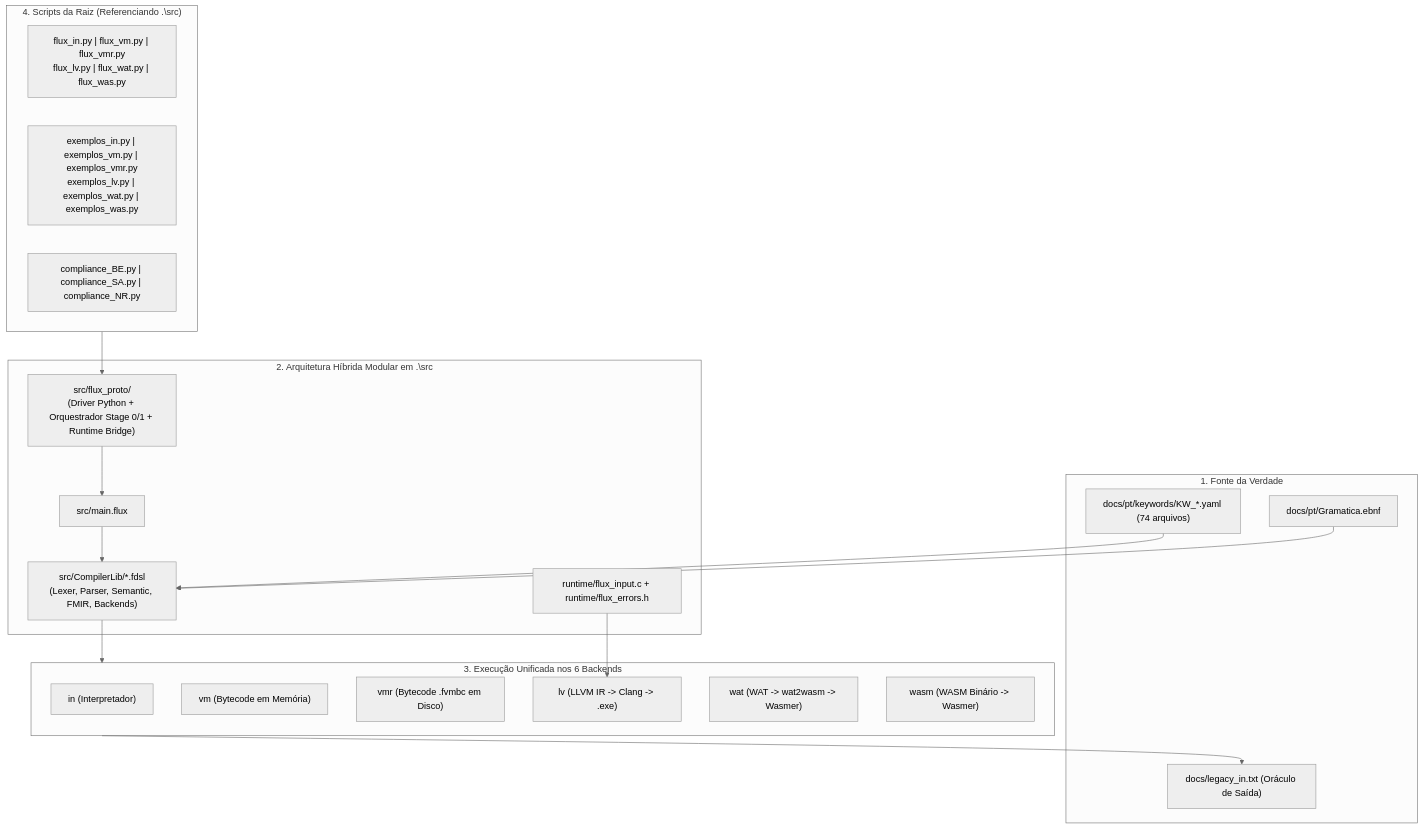
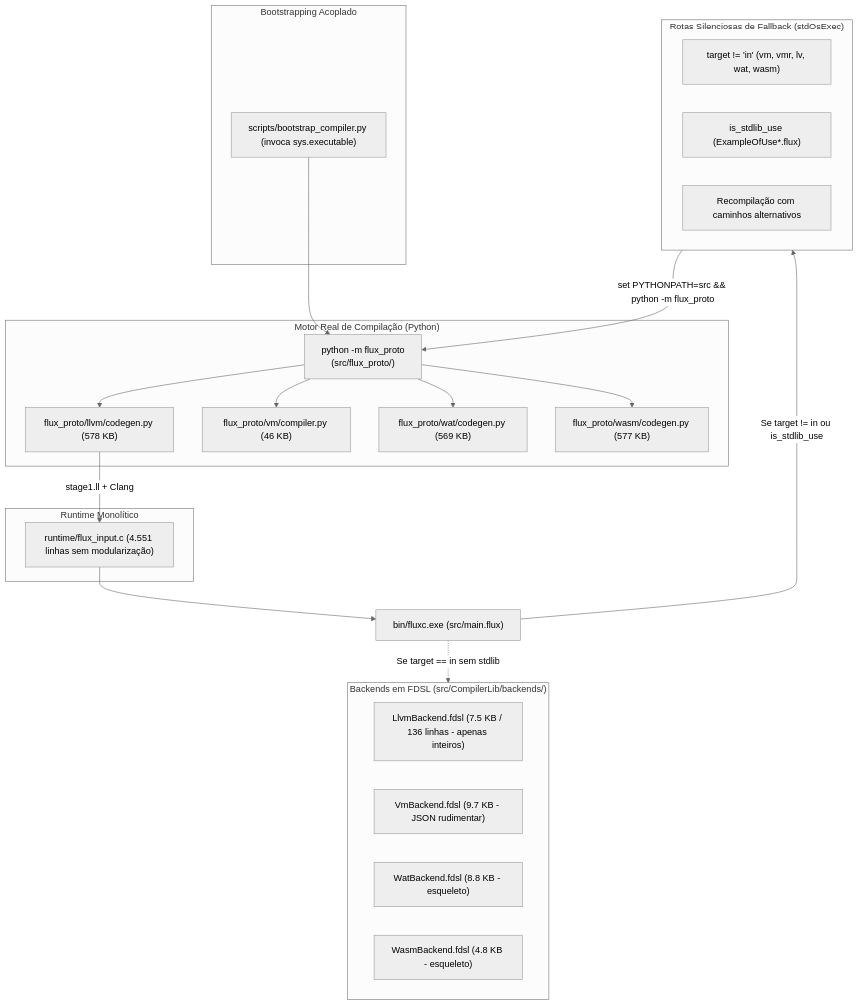
The first of 4 diagrams in docs/SELFHOSTED.md (alfcanova/TheFlux), drawn with Mermaid (neutral theme) before and after one commit. The commit also changed other lines of this file and 4164 other files, not shown here.

Commit message:
feat(selfhosted): marcos M1 a M4 completos, runtime modular e compilador 100% desacoplado de python

````diff
--- a/docs/SELFHOSTED.md
+++ b/docs/SELFHOSTED.md
@@ -12,39 +15,41 @@
 ```mermaid
 flowchart TD
-    subgraph Truth["1. Fonte da Verdade"]
-        YAML["docs/pt/keywords/KW_*.yaml (74 arquivos)"]
-        EBNF["docs/pt/Gramatica.ebnf"]
-        REF["docs/legacy_in.txt (Oráculo de Saída)"]
+    CLI["bin/fluxc.exe (src/main.flux)"]
+    
+    subgraph Fallbacks["Rotas Silenciosas de Fallback (stdOsExec)"]
+        F1["target != 'in' (vm, vmr, lv, wat, wasm)"]
+        F2["is_stdlib_use (ExampleOfUse*.flux)"]
+        F3["Recompilação com caminhos alternativos"]
+    end
+    
+    subgraph LegacyEngine["Motor Real de Compilação (Python)"]
+        PY_PROTO["python -m flux_proto\n(src/flux_proto/)"]
+        PY_LLVM["flux_proto/llvm/codegen.py (578 KB)"]
+        PY_VM["flux_proto/vm/compiler.py (46 KB)"]
+        PY_WAT["flux_proto/wat/codegen.py (569 KB)"]
+        PY_WASM["flux_proto/wasm/codegen.py (577 KB)"]
+    end
+    
+    subgraph StubsFDSL["Backends em FDSL (src/CompilerLib/backends/)"]
+        LL_FDSL["LlvmBackend.fdsl (7.5 KB / 136 linhas - apenas inteiros)"]
+        VM_FDSL["VmBackend.fdsl (9.7 KB - JSON rudimentar)"]
+        WAT_FDSL["WatBackend.fdsl (8.8 KB - esqueleto)"]
+        WAS_FDSL["WasmBackend.fdsl (4.8 KB - esqueleto)"]
+    end
+    
+    subgraph RuntimeMono["Runtime Monolítico"]
+        C_MONO["runtime/flux_input.c (4.551 linhas sem modularização)"]
     end
 
-    subgraph SrcArch["2. Arquitetura Híbrida Modular em .\src"]
-        Entry["src/main.flux"]
-        CLib["src/CompilerLib/*.fdsl\n(Lexer, Parser, Semantic, FMIR, Backends)"]
-        Bridge["src/flux_proto/\n(Driver Python + Orquestrador Stage 0/1 + Runtime Bridge)"]
-        RuntimeC["runtime/flux_input.c + runtime/flux_errors.h"]
+    subgraph BootstrapPy["Bootstrapping Acoplado"]
+        BOOT_PY["scripts/bootstrap_compiler.py (invoca sys.executable)"]
     end
 
-    subgraph Backends["3. Execução Unificada nos 6 Backends"]
-        B_IN["in (Interpretador)"]
-        B_VM["vm (Bytecode em Memória)"]
-        B_VMR["vmr (Bytecode .fvmbc em Disco)"]
-        B_LV["lv (LLVM IR -> Clang -> .exe)"]
-        B_WAT["wat (WAT -> wat2wasm -> Wasmer)"]
-        B_WASM["wasm (WASM Binário -> Wasmer)"]
-    end
-
-    subgraph RootRunners["4. Scripts da Raiz (Referenciando .\src)"]
-        F_PY["flux_in.py | flux_vm.py | flux_vmr.py\nflux_lv.py | flux_wat.py | flux_was.py"]
-        E_PY["exemplos_in.py | exemplos_vm.py | exemplos_vmr.py\nexemplos_lv.py | exemplos_wat.py | exemplos_was.py"]
-        C_PY["compliance_BE.py | compliance_SA.py | compliance_NR.py"]
-    end
-
-    YAML --> CLib
-    EBNF --> CLib
-    Entry --> CLib
-    Bridge --> Entry
-    RuntimeC --> B_LV
-    CLib --> Backends
-    RootRunners --> Bridge
-    Backends --> REF
+    CLI -->|Se target != in ou is_stdlib_use| Fallbacks
+    Fallbacks -->|set PYTHONPATH=src && python -m flux_proto| PY_PROTO
+    PY_PROTO --> PY_LLVM & PY_VM & PY_WAT & PY_WASM
+    
+    CLI -.->|Se target == in sem stdlib| StubsFDSL
+    BOOT_PY --> PY_PROTO
+    PY_LLVM -->|stage1.ll + Clang| C_MONO --> CLI
 ```
````
